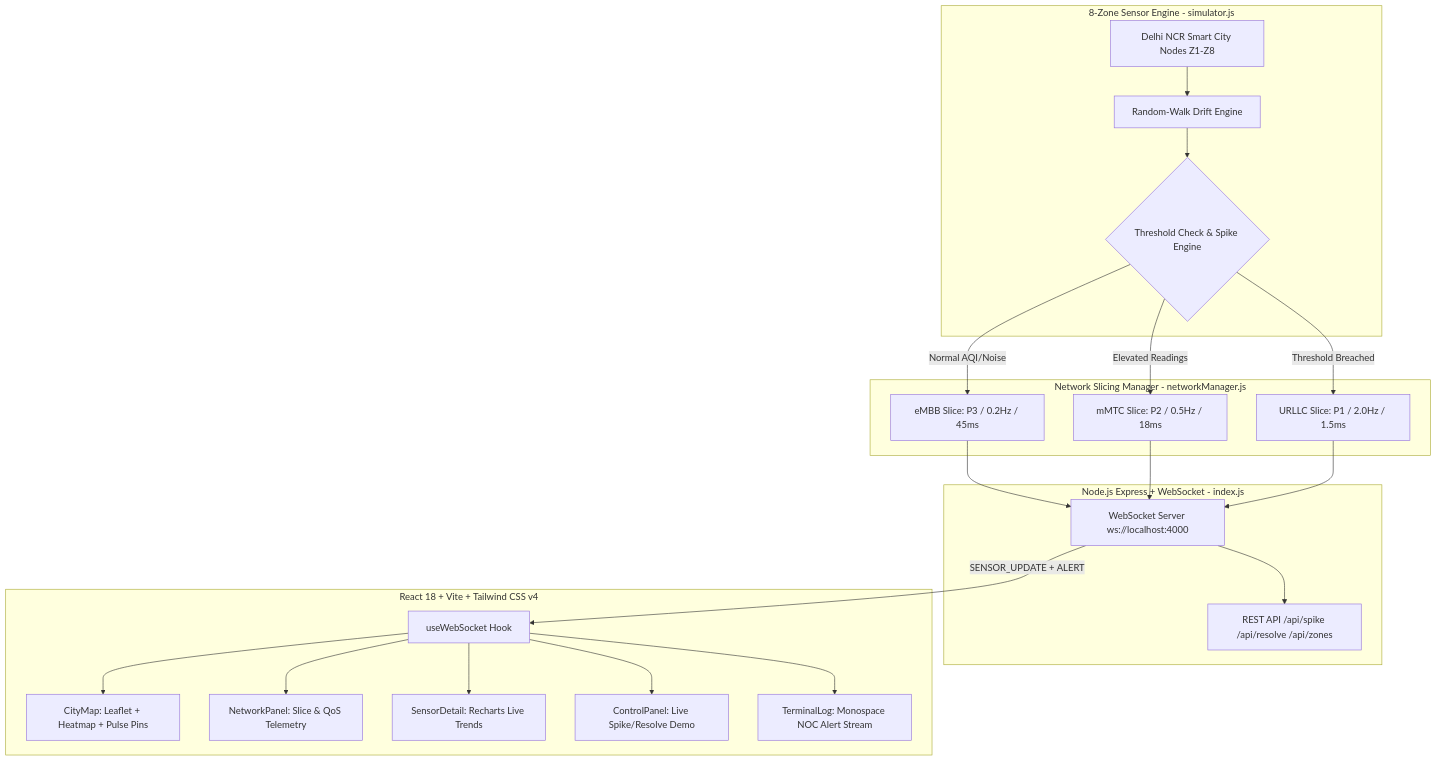
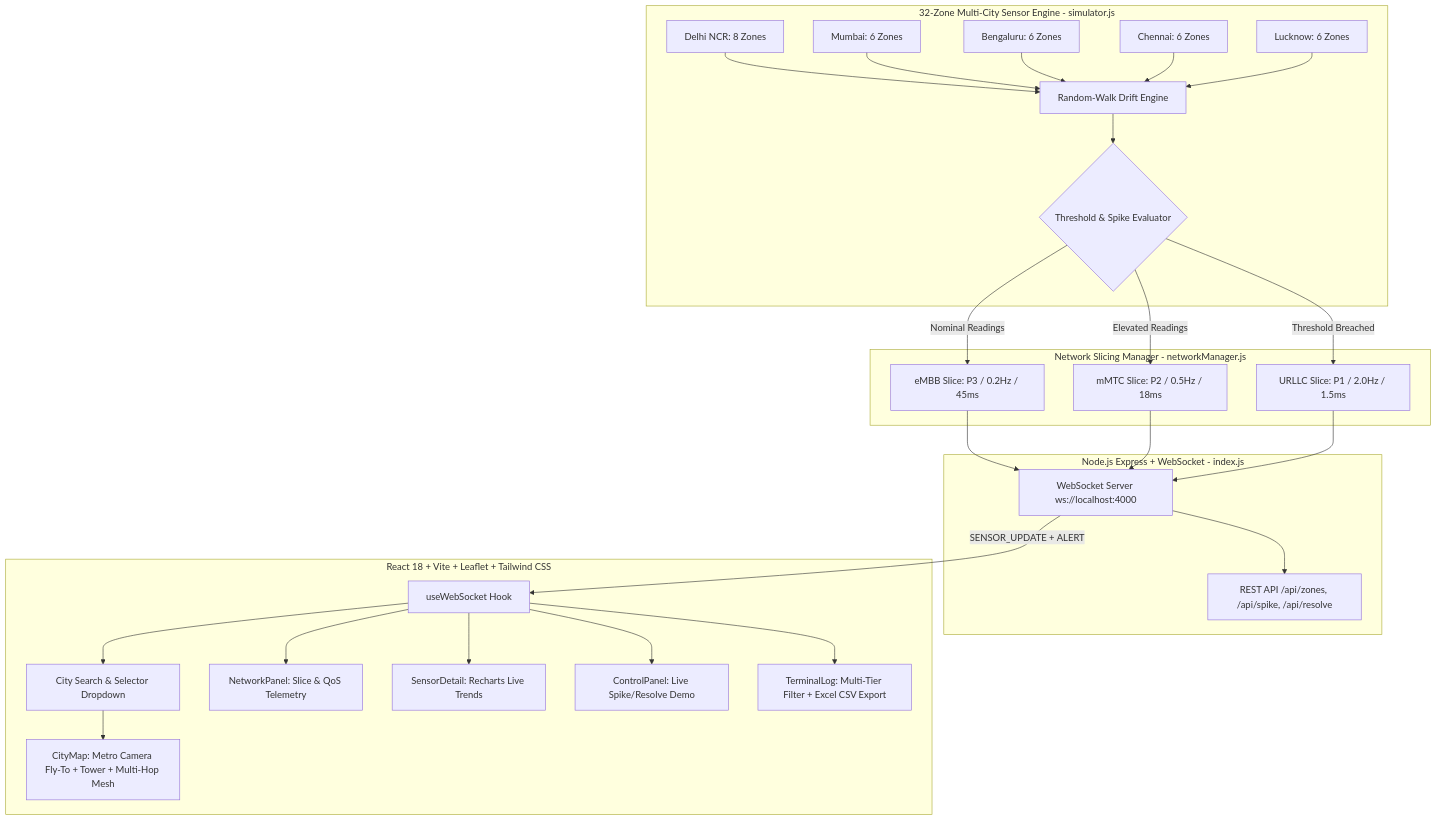
Before and after one commit to Aarav-Chopra/NetBlizzard: the diagram in README.md, drawn with Mermaid. The commit also changed other lines of this file and 9 other files, not shown here.

Commit message:
feat: multi-city expansion, central 5G/6G towers, mesh routing, alert filtering & excel export

````diff
--- a/README.md
+++ b/README.md
@@ -40,27 +57,32 @@
 ```mermaid
 flowchart TD
-    subgraph Sensor_Simulation [8-Zone Sensor Engine - simulator.js]
-        Z[Delhi NCR Smart City Nodes Z1-Z8] --> RW[Random-Walk Drift Engine]
-        RW --> TH{Threshold Check & Spike Engine}
+    subgraph Multi_City_Simulation [32-Zone Multi-City Sensor Engine - simulator.js]
+        DEL[Delhi NCR: 8 Zones] --> SIM[Random-Walk Drift Engine]
+        BOM[Mumbai: 6 Zones] --> SIM
+        BLR[Bengaluru: 6 Zones] --> SIM
+        CHN[Chennai: 6 Zones] --> SIM
+        LKO[Lucknow: 6 Zones] --> SIM
+        SIM --> TH{Threshold & Spike Evaluator}
     end
 
     subgraph 5G_6G_Core [Network Slicing Manager - networkManager.js]
-        TH -->|Normal AQI/Noise| SL1[eMBB Slice: P3 / 0.2Hz / 45ms]
+        TH -->|Nominal Readings| SL1[eMBB Slice: P3 / 0.2Hz / 45ms]
         TH -->|Elevated Readings| SL2[mMTC Slice: P2 / 0.5Hz / 18ms]
         TH -->|Threshold Breached| SL3[URLLC Slice: P1 / 2.0Hz / 1.5ms]
     end
 
     subgraph Server_Layer [Node.js Express + WebSocket - index.js]
         SL1 & SL2 & SL3 --> WS[WebSocket Server ws://localhost:4000]
-        WS --> REST[REST API /api/spike /api/resolve /api/zones]
+        WS --> REST[REST API /api/zones, /api/spike, /api/resolve]
     end
 
-    subgraph UI_Layer [React 18 + Vite + Tailwind CSS v4]
+    subgraph UI_Layer [React 18 + Vite + Leaflet + Tailwind CSS]
         WS -->|SENSOR_UPDATE + ALERT| HOOK[useWebSocket Hook]
-        HOOK --> MAP[CityMap: Leaflet + Heatmap + Pulse Pins]
+        HOOK --> CITY_SEL[City Search & Selector Dropdown]
+        CITY_SEL --> MAP[CityMap: Metro Camera Fly-To + Tower + Multi-Hop Mesh]
         HOOK --> NET[NetworkPanel: Slice & QoS Telemetry]
         HOOK --> CHART[SensorDetail: Recharts Live Trends]
         HOOK --> CTRL[ControlPanel: Live Spike/Resolve Demo]
-        HOOK --> LOG[TerminalLog: Monospace NOC Alert Stream]
+        HOOK --> LOG[TerminalLog: Multi-Tier Filter + Excel CSV Export]
     end
 ```
````
